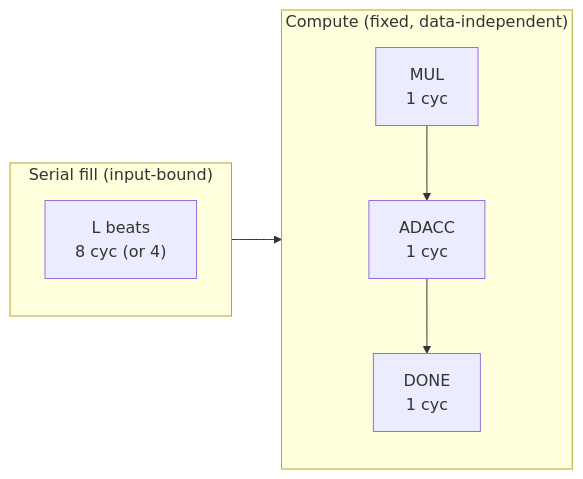
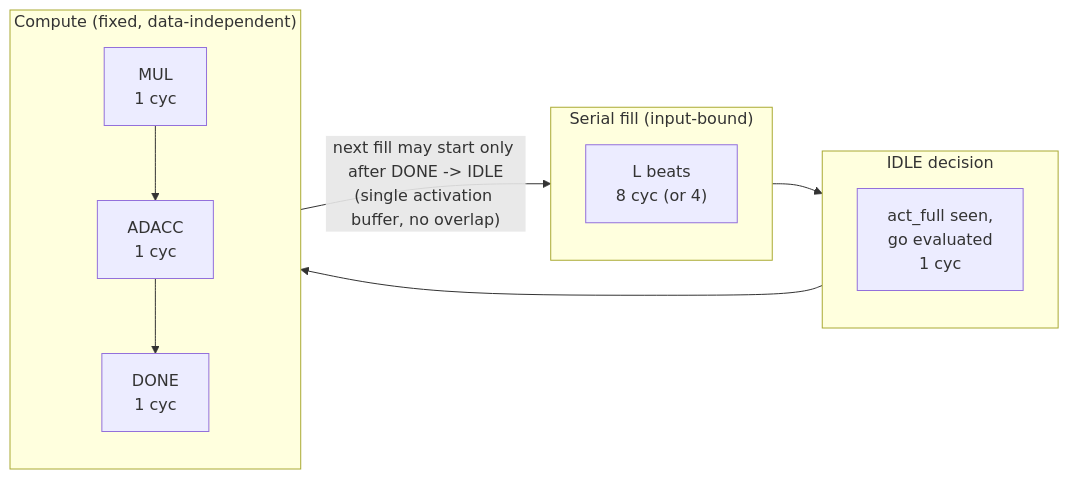
Before and after one commit to ChrChr50/proto-accelerators: the fourth of 6 diagrams in macc8/docs/int8_mac_block_diagram.md, drawn with Mermaid. The commit also changed other lines of this file and 1 other file, not shown here.

First line of the commit message:
Fix spec: per-chunk latency is L+4 and fill does not overlap compute

````diff
--- a/macc8/docs/int8_mac_block_diagram.md
+++ b/macc8/docs/int8_mac_block_diagram.md
@@ -93,10 +93,14 @@
 ```mermaid
 flowchart LR
     subgraph FILL["Serial fill (input-bound)"]
         F["L beats<br/>8 cyc (or 4)"]
     end
+    subgraph DECIDE["IDLE decision"]
+        G["act_full seen,<br/>go evaluated<br/>1 cyc"]
+    end
     subgraph COMPUTE["Compute (fixed, data-independent)"]
         C1["MUL<br/>1 cyc"] --> C2["ADACC<br/>1 cyc"] --> C3["DONE<br/>1 cyc"]
     end
-    FILL --> COMPUTE
+    FILL --> DECIDE --> COMPUTE
+    COMPUTE -->|"next fill may start only after DONE -> IDLE<br/>(single activation buffer, no overlap)"| FILL
 ```
````
